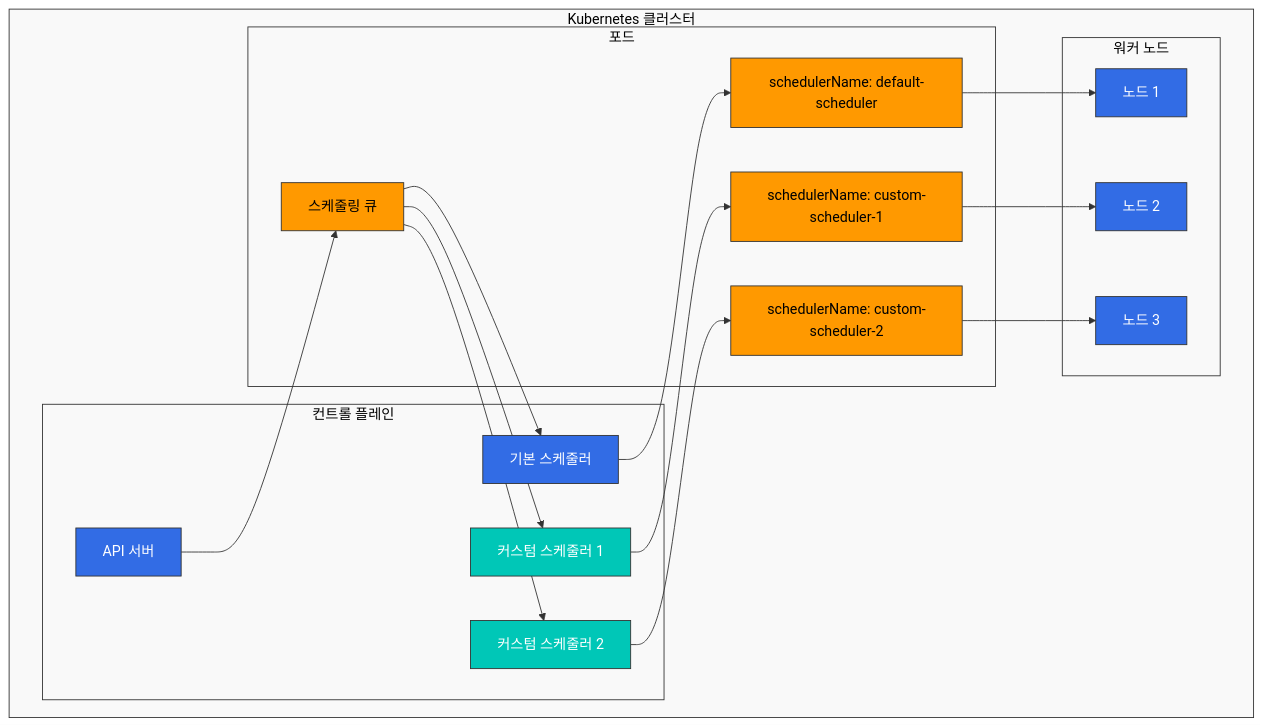
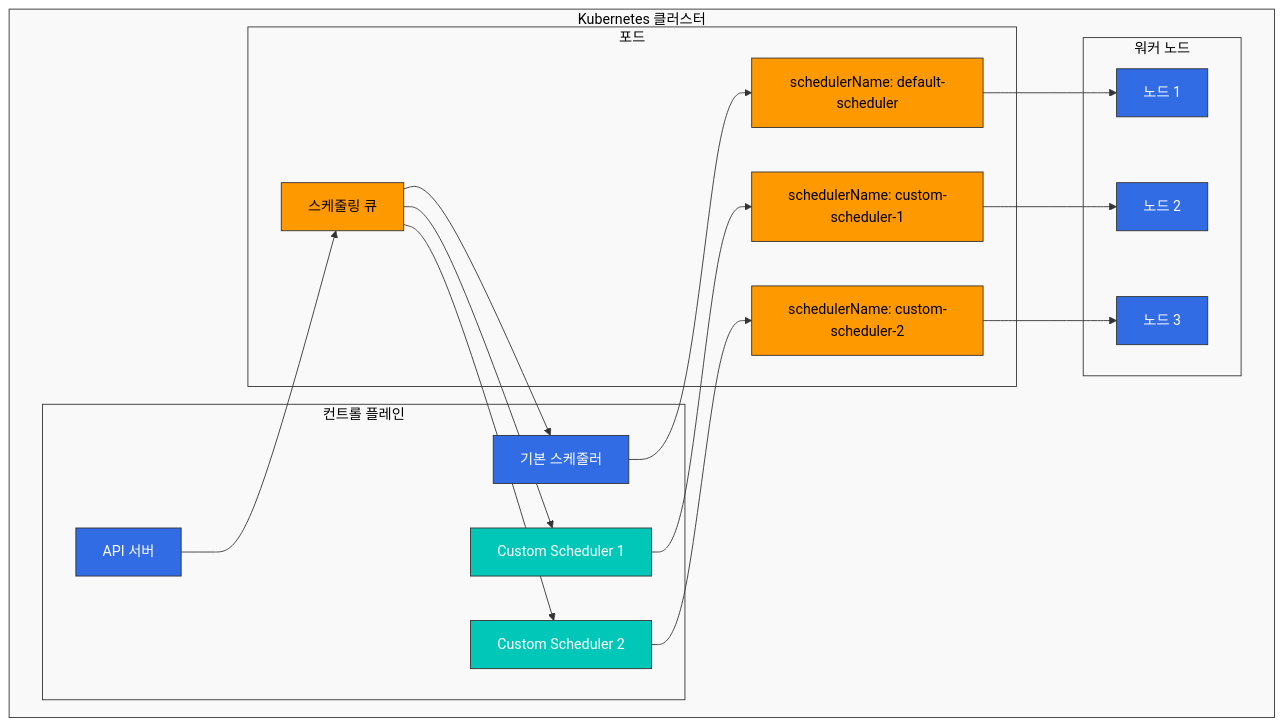
One commit to Atom-oh/kubernetes-docs changed the second of 3 diagrams in advanced/02-custom-scheduler-part1.md. Above: the diagram before and after it, drawn with Mermaid. The commit also changed other lines of this file and 2 other files, not shown here.

Commit message:
Update custom scheduler files with standardized title format and fixed mermaid diagrams

````diff
--- a/advanced/02-custom-scheduler-part1.md
+++ b/advanced/02-custom-scheduler-part1.md
@@ -77,47 +77,47 @@
 ```mermaid
 flowchart TD
     subgraph K8sCluster [Kubernetes 클러스터]
         subgraph ControlPlane [컨트롤 플레인]
             APIServer[API 서버]
             DefaultScheduler[기본 스케줄러]
-            CustomScheduler1[커스텀 스케줄러 1]
-            CustomScheduler2[커스텀 스케줄러 2]
+            CustomScheduler1[Custom Scheduler 1]
+            CustomScheduler2[Custom Scheduler 2]
         end
         
         subgraph Nodes [워커 노드]
             Node1[노드 1]
             Node2[노드 2]
             Node3[노드 3]
         end
         
         subgraph Pods [포드]
             Pod1[schedulerName: default-scheduler]
             Pod2[schedulerName: custom-scheduler-1]
             Pod3[schedulerName: custom-scheduler-2]
             PodQueue[스케줄링 큐]
         end
     end
     
     APIServer --> PodQueue
     PodQueue --> DefaultScheduler
     PodQueue --> CustomScheduler1
     PodQueue --> CustomScheduler2
     
     DefaultScheduler --> Pod1
     CustomScheduler1 --> Pod2
     CustomScheduler2 --> Pod3
     
     Pod1 --> Node1
     Pod2 --> Node2
     Pod3 --> Node3
     
     classDef k8sComponent fill:#326CE5,stroke:#333,stroke-width:1px,color:white;
     classDef customComponent fill:#00C7B7,stroke:#333,stroke-width:1px,color:white;
     classDef podComponent fill:#FF9900,stroke:#333,stroke-width:1px,color:black;
     classDef default fill:#f9f9f9,stroke:#333,stroke-width:1px,color:black;
     
     class APIServer,DefaultScheduler,Node1,Node2,Node3 k8sComponent;
     class CustomScheduler1,CustomScheduler2 customComponent;
     class Pod1,Pod2,Pod3,PodQueue podComponent;
     class K8sCluster,ControlPlane,Nodes,Pods default;
 ```
````
